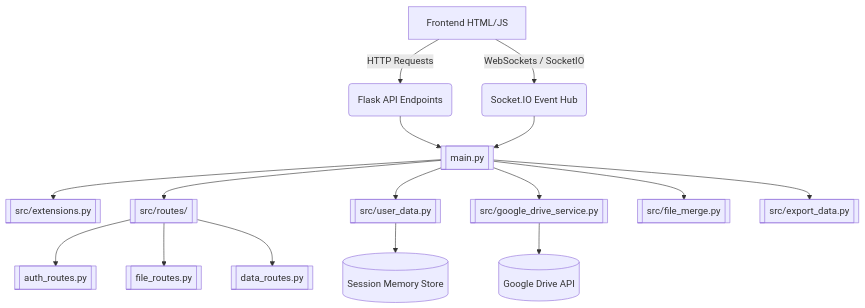
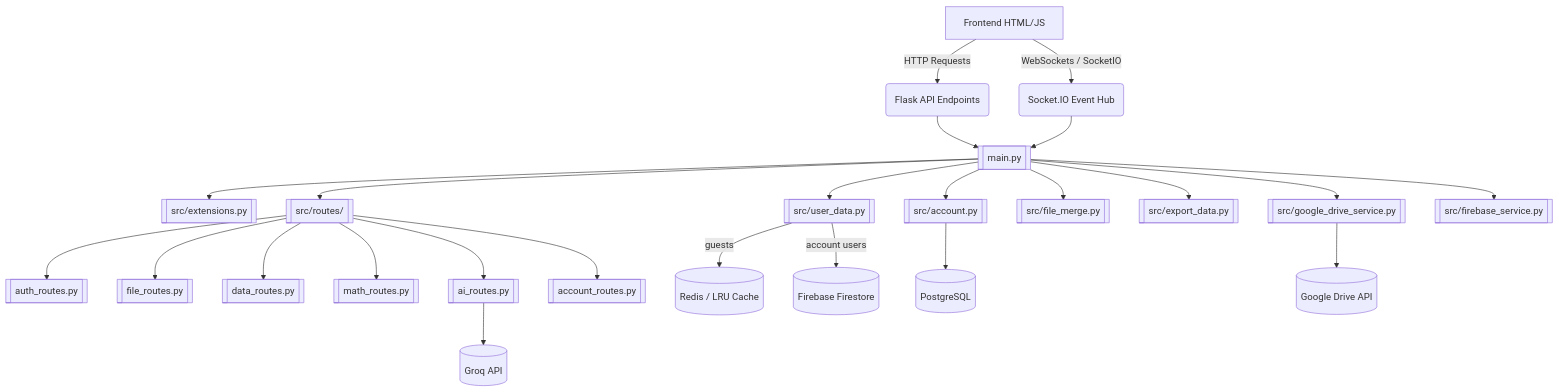
One commit to Promethees/microalbumin-Flask changed the diagram in easyokapi-knowledge/EASY OKAPI.md. Above: the diagram before and after it, drawn with Mermaid. The commit also changed other lines of this file, not shown here.

````diff
--- a/easyokapi-knowledge/EASY OKAPI.md
+++ b/easyokapi-knowledge/EASY OKAPI.md
@@ -19,23 +19,31 @@
 ```mermaid
 graph TD
     UI[Frontend HTML/JS] -->|WebSockets / SocketIO| WS(Socket.IO Event Hub)
     UI -->|HTTP Requests| API(Flask API Endpoints)
     
     API --> Main[[main.py]]
     WS --> Main
     
     Main --> Extensions[[src/extensions.py]]
     Main --> Routes[[src/routes/]]
     
     Routes --> Auth[[auth_routes.py]]
     Routes --> File[[file_routes.py]]
     Routes --> Data[[data_routes.py]]
+    Routes --> Math[[math_routes.py]]
+    Routes --> AI[[ai_routes.py]]
+    Routes --> Account[[account_routes.py]]
     
     Main --> UserData[[src/user_data.py]]
     Main --> DriveSvc[[src/google_drive_service.py]]
     Main --> FileMerge[[src/file_merge.py]]
     Main --> ExpData[[src/export_data.py]]
+    Main --> AccountMod[[src/account.py]]
+    Main --> FirebaseSvc[[src/firebase_service.py]]
     
-    UserData --> MemoryStore[(Session Memory Store)]
+    UserData -->|guests| Redis[(Redis / LRU Cache)]
+    UserData -->|account users| Firebase[(Firebase Firestore)]
+    AccountMod --> Postgres[(PostgreSQL)]
     DriveSvc --> GoogleCloud[(Google Drive API)]
+    AI --> Groq[(Groq API)]
 ```
````
